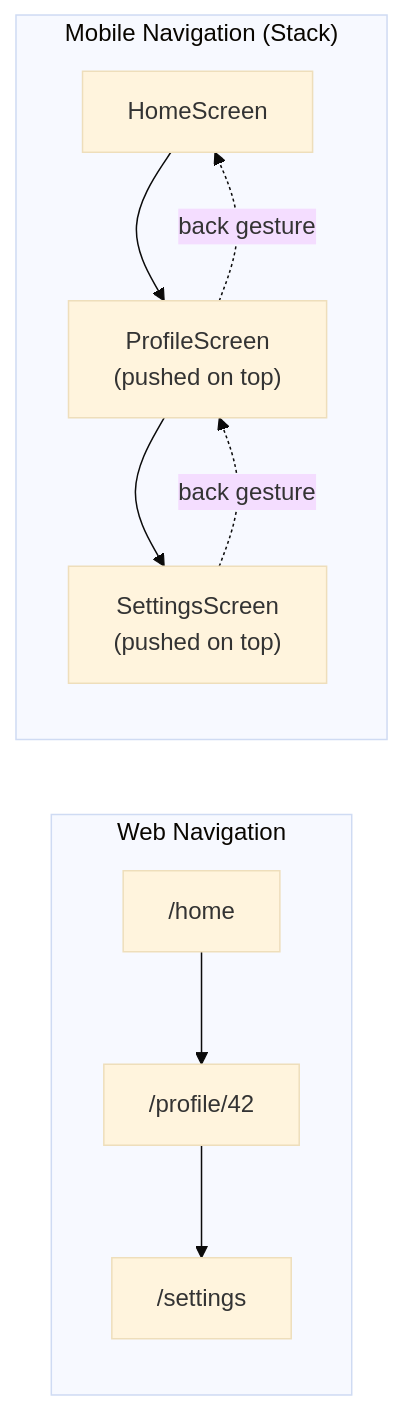
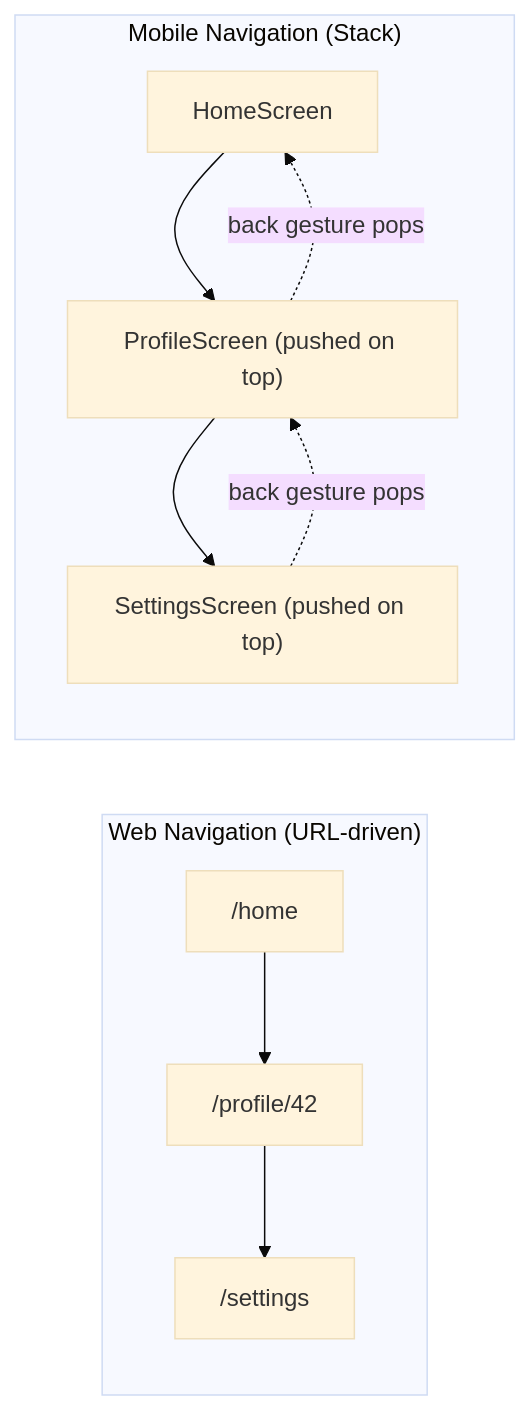
Before and after one commit to BabaScience/react-guides: the fifth of 12 diagrams in arguments/chapters/rn-02-fundamentals.md, drawn with Mermaid (base theme). The commit also changed other lines of this file and 63 other files, not shown here.

First line of the commit message:
Enrich React Native roadmap with deeper content, visuals, and FR/IT translations

````diff
--- a/arguments/chapters/rn-02-fundamentals.md
+++ b/arguments/chapters/rn-02-fundamentals.md
@@ -169,13 +262,13 @@
 ```mermaid
 graph LR
-    subgraph Web["Web Navigation"]
+    subgraph Web["Web Navigation (URL-driven)"]
         URL1["/home"] --> URL2["/profile/42"]
         URL2 --> URL3["/settings"]
     end
     subgraph Mobile["Mobile Navigation (Stack)"]
-        S1["HomeScreen"] --> S2["ProfileScreen\n(pushed on top)"]
-        S2 --> S3["SettingsScreen\n(pushed on top)"]
-        S3 -.->|"back gesture"| S2
-        S2 -.->|"back gesture"| S1
+        S1["HomeScreen"] --> S2["ProfileScreen (pushed on top)"]
+        S2 --> S3["SettingsScreen (pushed on top)"]
+        S3 -.->|"back gesture pops"| S2
+        S2 -.->|"back gesture pops"| S1
     end
 ```
````
